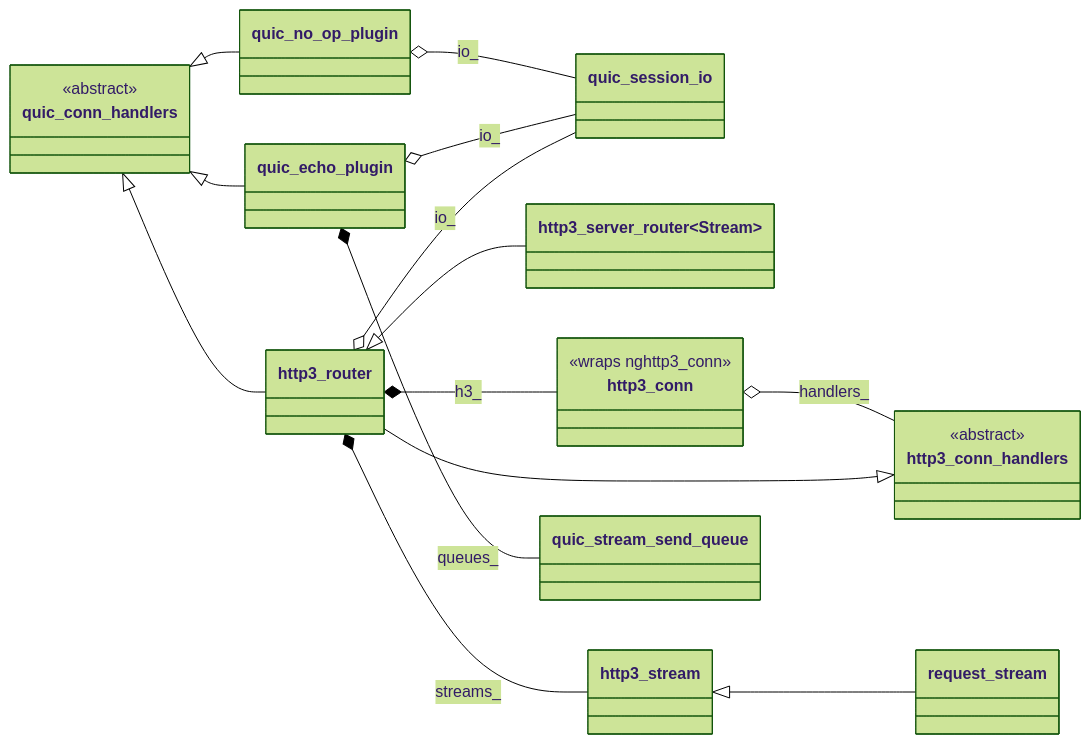
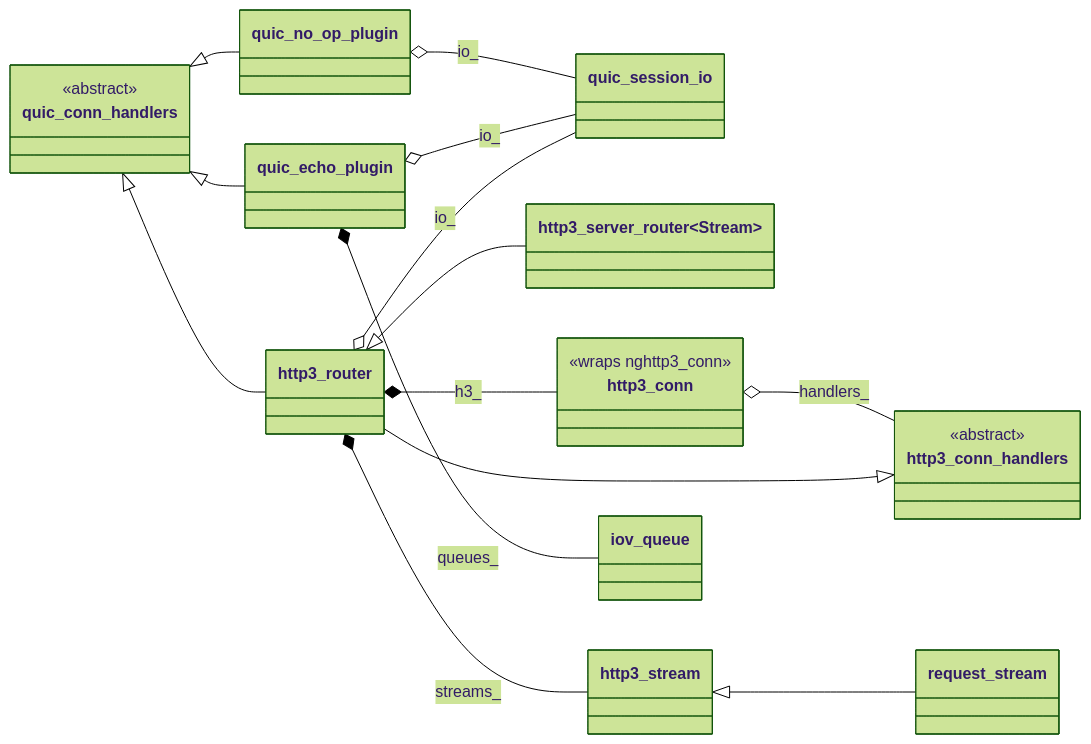
One commit to stevensudit/Corvid changed the second of 3 diagrams in corvid/proto/quic/classes.md. Above: the diagram before and after it, drawn with Mermaid (forest theme). The commit also changed other lines of this file and 4 other files, not shown here.

````diff
--- a/corvid/proto/quic/classes.md
+++ b/corvid/proto/quic/classes.md
@@ -96,37 +96,37 @@
 ```mermaid
 classDiagram
     direction LR
 
     class quic_conn_handlers {
         <<abstract>>
     }
     class http3_conn_handlers {
         <<abstract>>
     }
     class quic_session_io
     class quic_no_op_plugin
     class quic_echo_plugin
     class http3_router
     class http3_server_router~Stream~
     class http3_stream
     class request_stream
     class http3_conn {
         <<wraps nghttp3_conn>>
     }
-    class quic_stream_send_queue
+    class iov_queue
 
     quic_conn_handlers <|-- quic_no_op_plugin
     quic_conn_handlers <|-- quic_echo_plugin
     quic_conn_handlers <|-- http3_router
     http3_conn_handlers <|-- http3_router
     http3_router <|-- http3_server_router~Stream~
     http3_stream <|-- request_stream
 
     http3_router *-- http3_conn : h3_
     http3_router *-- http3_stream : streams_
     http3_conn o-- http3_conn_handlers : handlers_
-    quic_echo_plugin *-- quic_stream_send_queue : queues_
+    quic_echo_plugin *-- iov_queue : queues_
     quic_no_op_plugin o-- quic_session_io : io_
     quic_echo_plugin o-- quic_session_io : io_
     http3_router o-- quic_session_io : io_
 ```
````
